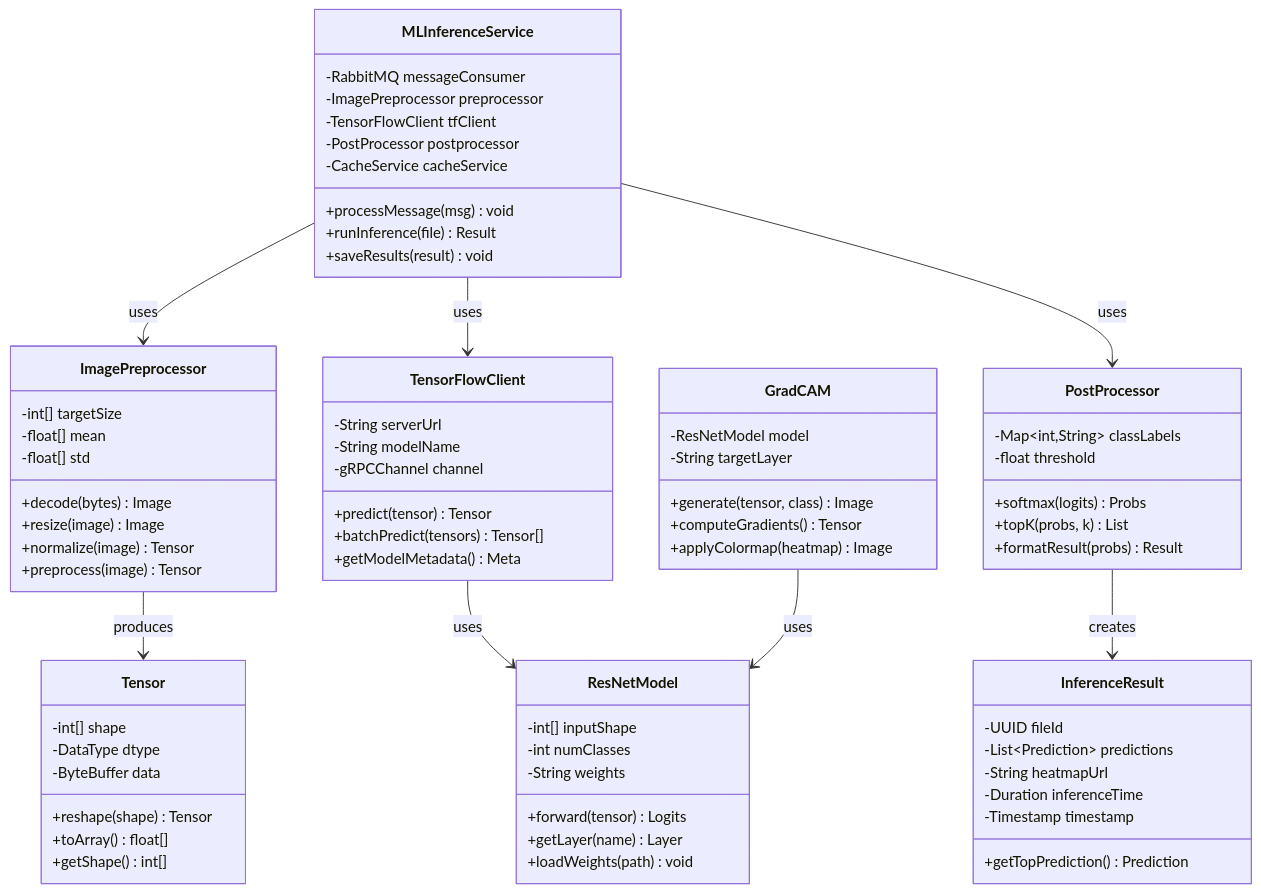
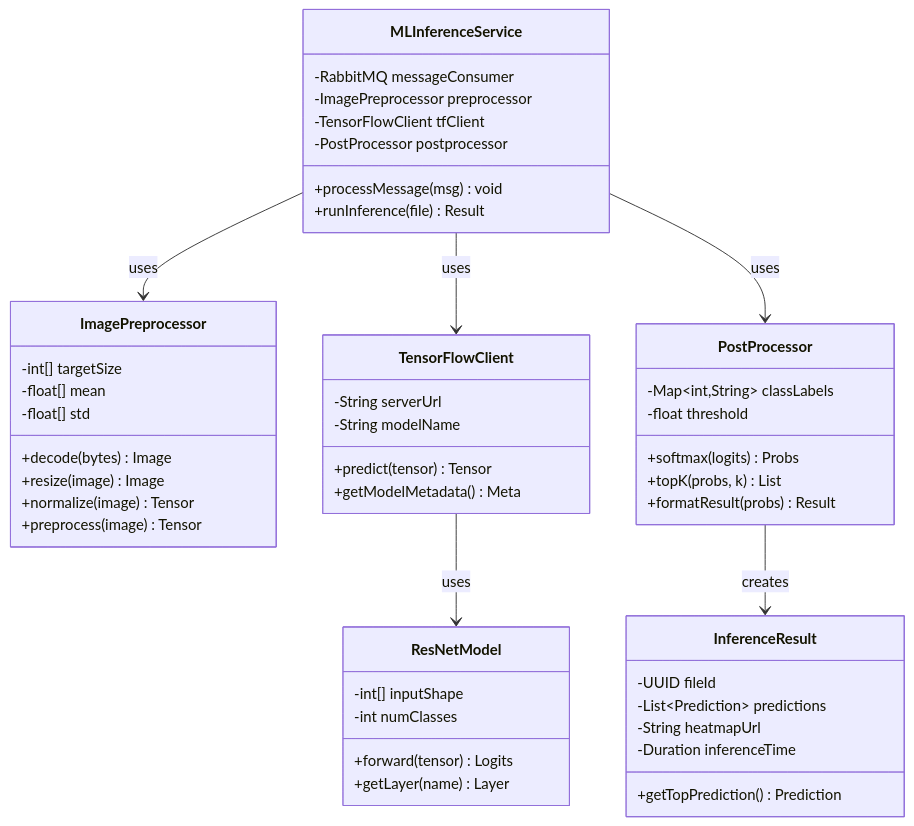
The fourth of 6 diagrams in src/architecture/uml/image-processing.md (Edisheri/system-engineering-playbook), drawn with Mermaid before and after one commit. The commit also changed other lines of this file and 1 other file, not shown here.

Commit message:
Optimize UML diagrams for screenshots: reduce height by adding more horizontal connections and simplifying Class diagrams

````diff
--- a/src/architecture/uml/image-processing.md
+++ b/src/architecture/uml/image-processing.md
@@ -207,10 +209,8 @@
         -ImagePreprocessor preprocessor
         -TensorFlowClient tfClient
         -PostProcessor postprocessor
-        -CacheService cacheService
         +processMessage(msg) void
         +runInference(file) Result
-        +saveResults(result) void
     }
     
     class ImagePreprocessor {
@@ -226,28 +226,15 @@
     class TensorFlowClient {
         -String serverUrl
         -String modelName
-        -gRPCChannel channel
         +predict(tensor) Tensor
-        +batchPredict(tensors) Tensor[]
         +getModelMetadata() Meta
-    }
-    
-    class Tensor {
-        -int[] shape
-        -DataType dtype
-        -ByteBuffer data
-        +reshape(shape) Tensor
-        +toArray() float[]
-        +getShape() int[]
     }
     
     class ResNetModel {
         -int[] inputShape
         -int numClasses
-        -String weights
         +forward(tensor) Logits
         +getLayer(name) Layer
-        +loadWeights(path) void
     }
     
     class PostProcessor {
@@ -258,28 +245,17 @@
         +formatResult(probs) Result
     }
     
-    class GradCAM {
-        -ResNetModel model
-        -String targetLayer
-        +generate(tensor, class) Image
-        +computeGradients() Tensor
-        +applyColormap(heatmap) Image
-    }
-    
     class InferenceResult {
         -UUID fileId
         -List~Prediction~ predictions
         -String heatmapUrl
         -Duration inferenceTime
-        -Timestamp timestamp
         +getTopPrediction() Prediction
     }
     
     MLInferenceService --> ImagePreprocessor : uses
     MLInferenceService --> TensorFlowClient : uses
     MLInferenceService --> PostProcessor : uses
-    ImagePreprocessor --> Tensor : produces
     TensorFlowClient --> ResNetModel : uses
     PostProcessor --> InferenceResult : creates
-    GradCAM --> ResNetModel : uses
 ```
````
